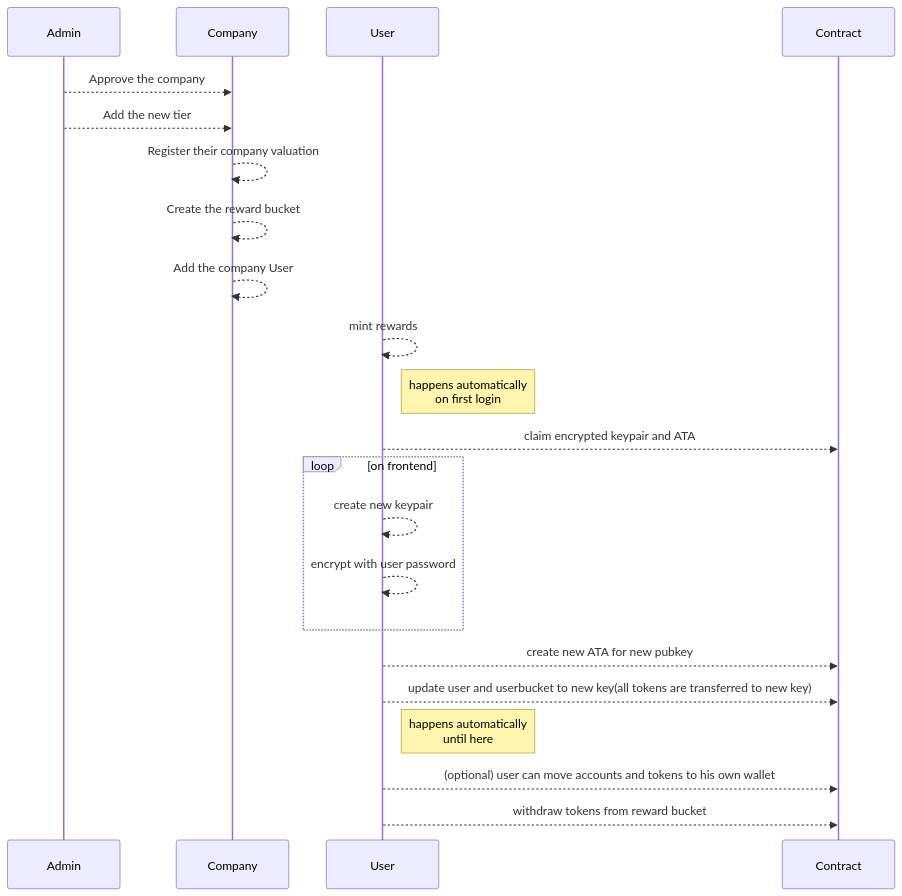
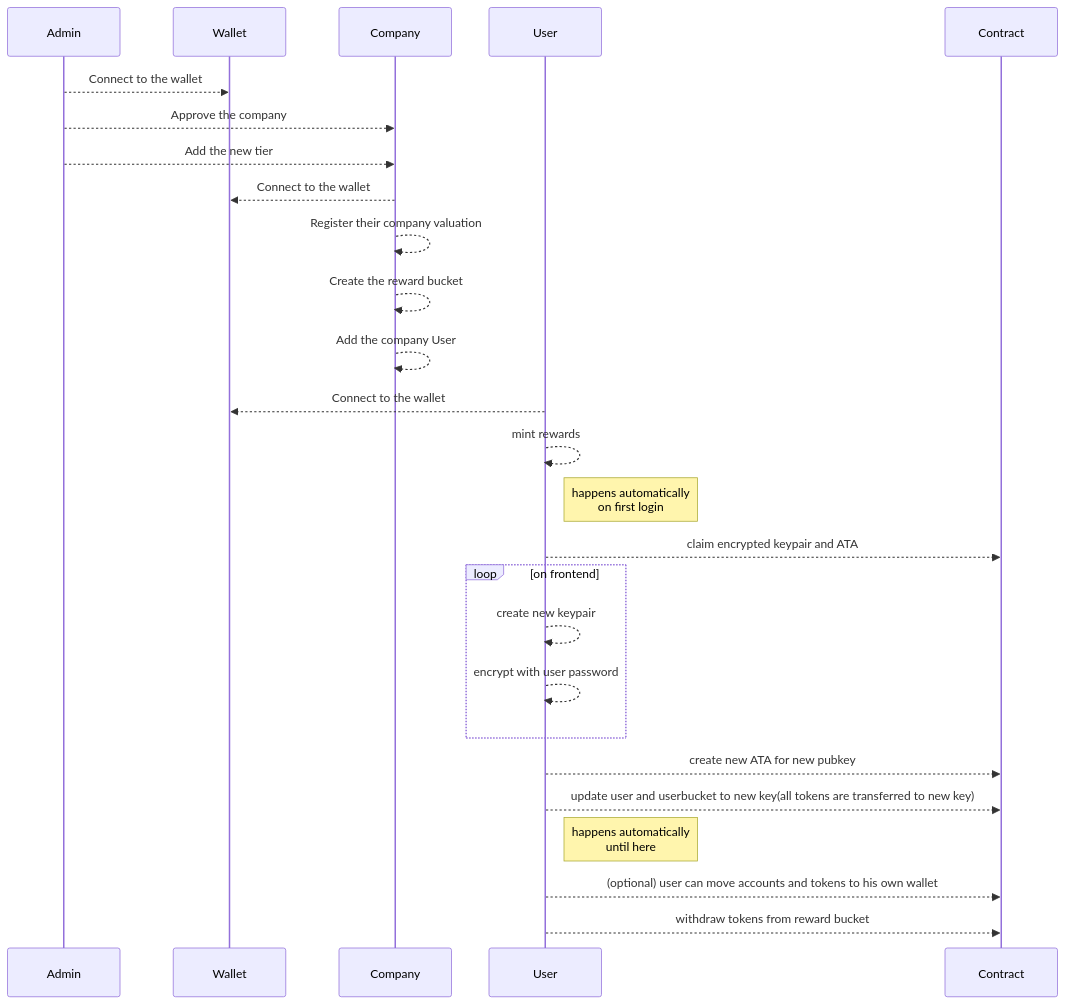
One commit to raj-odc/gratie-frontend changed the diagram in README.md. Above: the diagram before and after it, drawn with Mermaid.

````diff
--- a/README.md
+++ b/README.md
@@ -29,28 +29,32 @@
 ```mermaid
 sequenceDiagram
   participant Admin
+  participant Wallet
   participant Company
   participant User
+  Admin-->>Wallet: Connect to the wallet
   Admin-->>Company: Approve the company
   Admin-->>Company: Add the new tier
+  Company-->>Wallet: Connect to the wallet
   Company-->>Company: Register their company valuation
   Company-->>Company:Create the reward bucket
   Company-->>Company: Add the company User
+  User-->>Wallet: Connect to the wallet
   User-->>User: mint rewards
 
   Note right of User: happens automatically <br/> on first login
   User-->>Contract: claim encrypted keypair and ATA
   loop on frontend
     User-->>User: create new keypair
     User-->>User: encrypt with user password
   end
 
   User-->>Contract: create new ATA for new pubkey
   User-->>Contract: update user and userbucket to new key(all tokens are transferred to new key)
   Note right of User: happens automatically <br/> until here
 
   User-->>Contract: (optional) user can move accounts and tokens to his own wallet
 
   User-->>Contract: withdraw tokens from reward bucket
 
 ```
````
